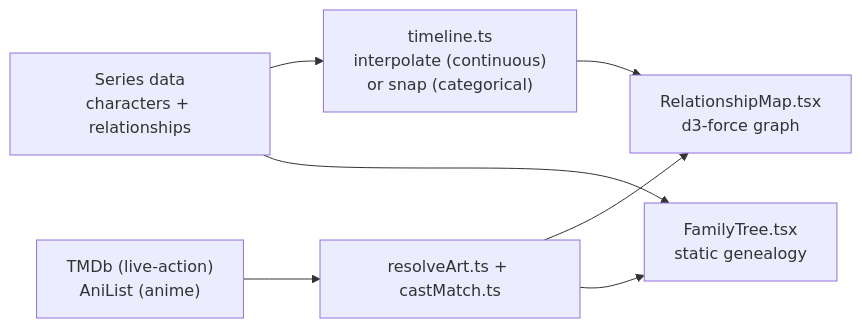
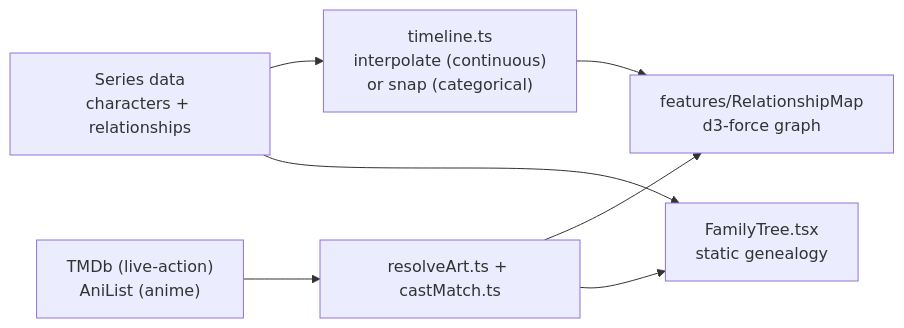
One commit to aLe3ouLa/entangled changed the diagram in README.md. Above: the diagram before and after it, drawn with Mermaid. The commit also changed other lines of this file, not shown here.

````diff
--- a/README.md
+++ b/README.md
@@ -146,9 +148,9 @@
 ```mermaid
 flowchart LR
   A["Series data<br/>characters + relationships"] --> B["timeline.ts<br/>interpolate (continuous)<br/>or snap (categorical)"]
-  B --> C["RelationshipMap.tsx<br/>d3-force graph"]
+  B --> C["features/RelationshipMap<br/>d3-force graph"]
   A --> D["FamilyTree.tsx<br/>static genealogy"]
   E["TMDb (live-action)<br/>AniList (anime)"] --> F["resolveArt.ts + castMatch.ts"]
   F --> C
   F --> D
 ```
````
